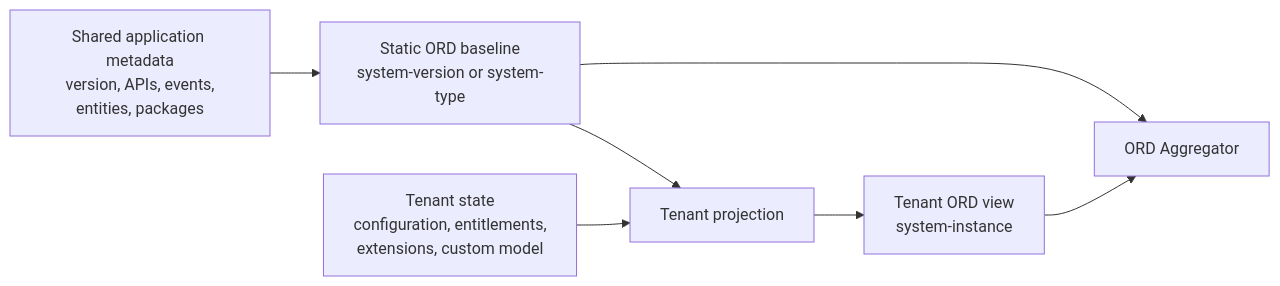
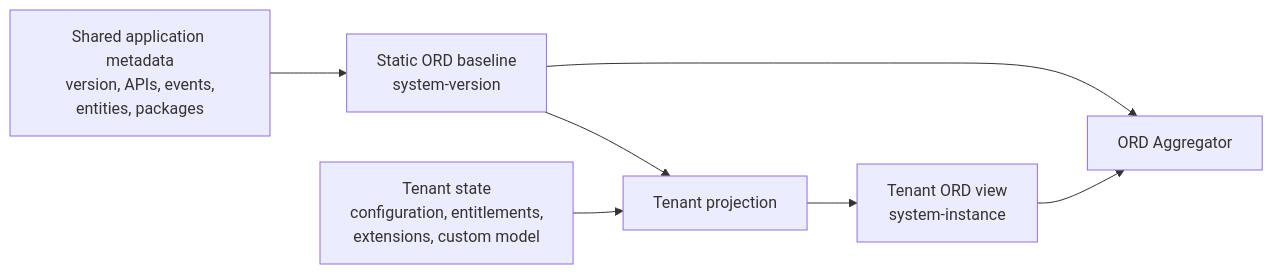
Before and after one commit to open-resource-discovery/specification: the diagram in docs/spec-v1/concepts/implementing-ord-natively.md, drawn with Mermaid. The commit also changed other lines of this file and 9 other files, not shown here.

Commit message:
feat: add latest system-version alias

````diff
--- a/docs/spec-v1/concepts/implementing-ord-natively.md
+++ b/docs/spec-v1/concepts/implementing-ord-natively.md
@@ -130,16 +130,16 @@
 ```mermaid
 flowchart LR
     Shared["Shared application metadata<br/>version, APIs, events,<br/>entities, packages"]
-    Baseline["Static ORD baseline<br/>system-version or system-type"]
+    Baseline["Static ORD baseline<br/>system-version"]
     TenantState["Tenant state<br/>configuration, entitlements,<br/>extensions, custom model"]
     Projection["Tenant projection"]
     Dynamic["Tenant ORD view<br/>system-instance"]
     Aggregator["ORD Aggregator"]
 
     Shared --> Baseline
     Baseline --> Projection
     TenantState --> Projection
     Projection --> Dynamic
     Baseline --> Aggregator
     Dynamic --> Aggregator
 ```
````
